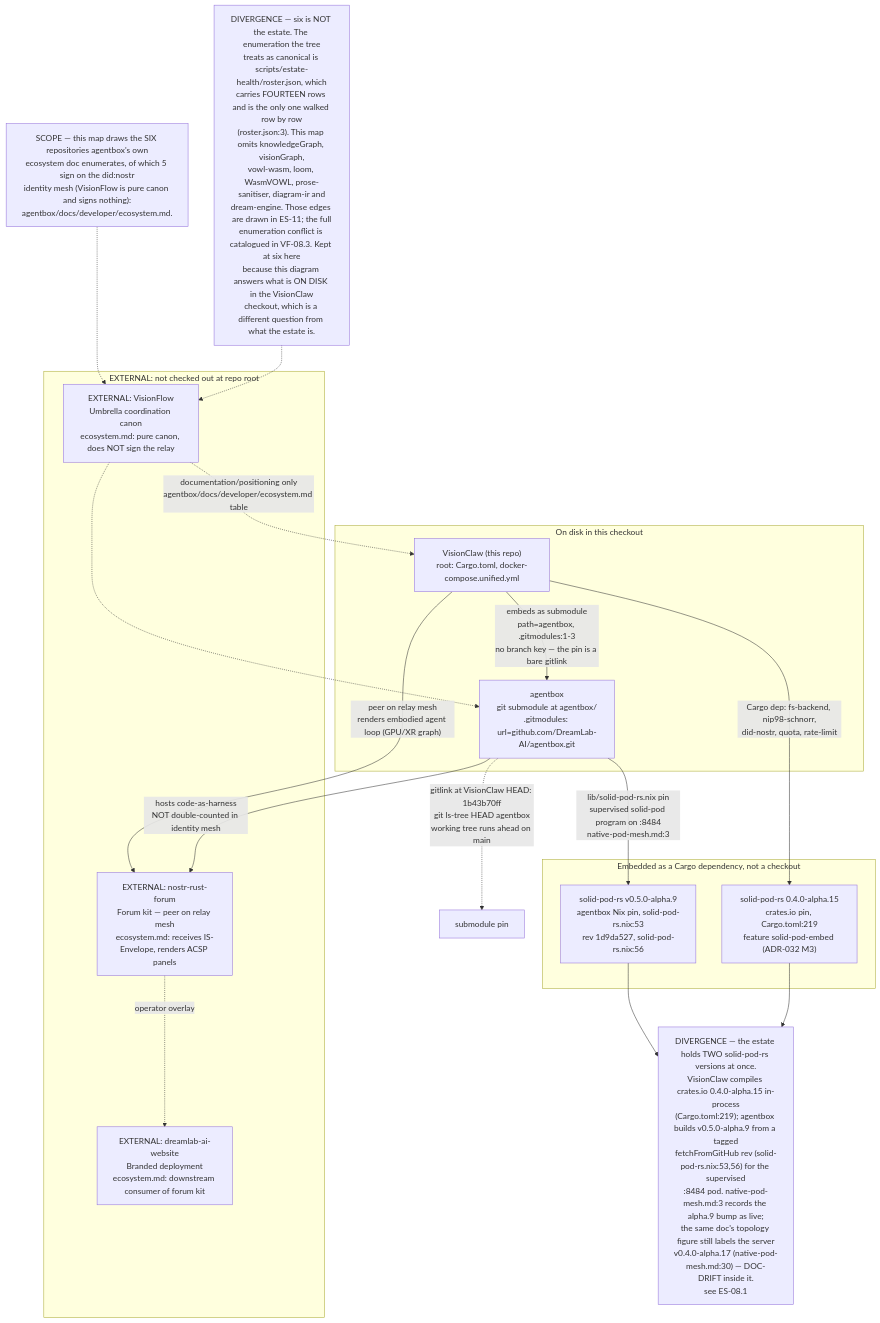
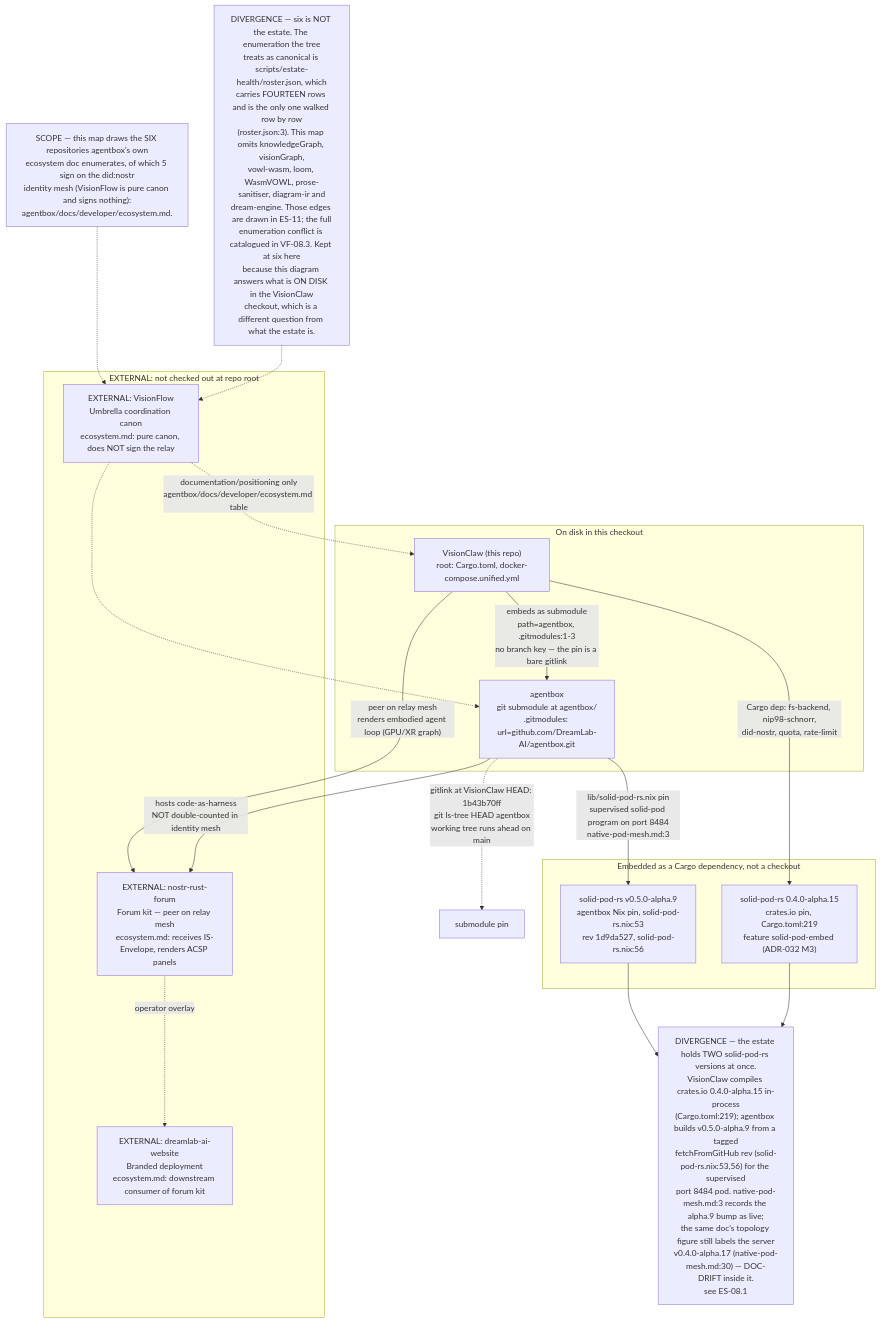
Before and after one commit to DreamLab-AI/VisionFlow: the first of 6 diagrams in docs/diagrams/estate/01-estate-topology.md, drawn with Mermaid. The commit also changed other lines of this file and 51 other files, not shown here.

First line of the commit message:
docs(diagrams): agentbox AB-01..13 re-attested anchor by anchor (980 anchors, 22 defects); checkpoint against an out-of-mesh writer

````diff
--- a/docs/diagrams/estate/01-estate-topology.md
+++ b/docs/diagrams/estate/01-estate-topology.md
@@ -45,36 +45,36 @@
 ```mermaid
 flowchart TB
     subgraph ONDISK["On disk in this checkout"]
         VC["VisionClaw (this repo)<br/>root: Cargo.toml, docker-compose.unified.yml"]
         AB["agentbox<br/>git submodule at agentbox/<br/>.gitmodules: url=github.com/DreamLab-AI/agentbox.git"]
     end
     VC -->|"embeds as submodule<br/>path=agentbox, .gitmodules:1-3<br/>no branch key — the pin is a bare gitlink"| AB
     AB -.->|"gitlink at VisionClaw HEAD: 1b43b70ff<br/>git ls-tree HEAD agentbox<br/>working tree runs ahead on main"| ABPIN["submodule pin"]
 
     subgraph CRATE["Embedded as a Cargo dependency, not a checkout"]
         SPR["solid-pod-rs 0.4.0-alpha.15<br/>crates.io pin, Cargo.toml:219<br/>feature solid-pod-embed (ADR-032 M3)"]
         SPRN["solid-pod-rs v0.5.0-alpha.9<br/>agentbox Nix pin, solid-pod-rs.nix:53<br/>rev 1d9da527, solid-pod-rs.nix:56"]
     end
     VC -->|"Cargo dep: fs-backend, nip98-schnorr,<br/>did-nostr, quota, rate-limit"| SPR
-    AB -->|"lib/solid-pod-rs.nix pin<br/>supervised solid-pod program on :8484<br/>native-pod-mesh.md:3"| SPRN
+    AB -->|"lib/solid-pod-rs.nix pin<br/>supervised solid-pod program on port 8484<br/>native-pod-mesh.md:3"| SPRN
 
-    DIVSP["DIVERGENCE — the estate holds TWO solid-pod-rs versions at once.<br/>VisionClaw compiles crates.io 0.4.0-alpha.15 in-process<br/>(Cargo.toml:219); agentbox builds v0.5.0-alpha.9 from a tagged<br/>fetchFromGitHub rev (solid-pod-rs.nix:53,56) for the supervised<br/>:8484 pod. native-pod-mesh.md:3 records the alpha.9 bump as live;<br/>the same doc's topology figure still labels the server<br/>v0.4.0-alpha.17 (native-pod-mesh.md:30) — DOC-DRIFT inside it.<br/>see ES-08.1"]
+    DIVSP["DIVERGENCE — the estate holds TWO solid-pod-rs versions at once.<br/>VisionClaw compiles crates.io 0.4.0-alpha.15 in-process<br/>(Cargo.toml:219); agentbox builds v0.5.0-alpha.9 from a tagged<br/>fetchFromGitHub rev (solid-pod-rs.nix:53,56) for the supervised<br/>port 8484 pod. native-pod-mesh.md:3 records the alpha.9 bump as live;<br/>the same doc's topology figure still labels the server<br/>v0.4.0-alpha.17 (native-pod-mesh.md:30) — DOC-DRIFT inside it.<br/>see ES-08.1"]
     SPRN --> DIVSP
     SPR --> DIVSP
 
     subgraph EXTERNAL1["EXTERNAL: not checked out at repo root"]
         VF["EXTERNAL: VisionFlow<br/>Umbrella coordination canon<br/>ecosystem.md: pure canon, does NOT sign the relay"]
         NRF["EXTERNAL: nostr-rust-forum<br/>Forum kit — peer on relay mesh<br/>ecosystem.md: receives IS-Envelope, renders ACSP panels"]
         DAW["EXTERNAL: dreamlab-ai-website<br/>Branded deployment<br/>ecosystem.md: downstream consumer of forum kit"]
     end
     VC -->|"peer on relay mesh<br/>renders embodied agent loop (GPU/XR graph)"| NRF
     AB -->|"hosts code-as-harness<br/>NOT double-counted in identity mesh"| NRF
     NRF -.->|"operator overlay"| DAW
     VF -.->|"documentation/positioning only<br/>agentbox/docs/developer/ecosystem.md table"| VC
     VF -.-> AB
 
     NOTE1["SCOPE — this map draws the SIX repositories agentbox's own<br/>ecosystem doc enumerates, of which 5 sign on the did:nostr<br/>identity mesh (VisionFlow is pure canon and signs nothing):<br/>agentbox/docs/developer/ecosystem.md."]
     NOTE2["DIVERGENCE — six is NOT the estate. The enumeration the tree<br/>treats as canonical is scripts/estate-health/roster.json, which<br/>carries FOURTEEN rows and is the only one walked row by row<br/>(roster.json:3). This map omits knowledgeGraph, visionGraph,<br/>vowl-wasm, loom, WasmVOWL, prose-sanitiser, diagram-ir and<br/>dream-engine. Those edges are drawn in ES-11; the full<br/>enumeration conflict is catalogued in VF-08.3. Kept at six here<br/>because this diagram answers what is ON DISK in the VisionClaw<br/>checkout, which is a different question from what the estate is."]
     NOTE1 -.-> VF
     NOTE2 -.-> VF
 ```
````
